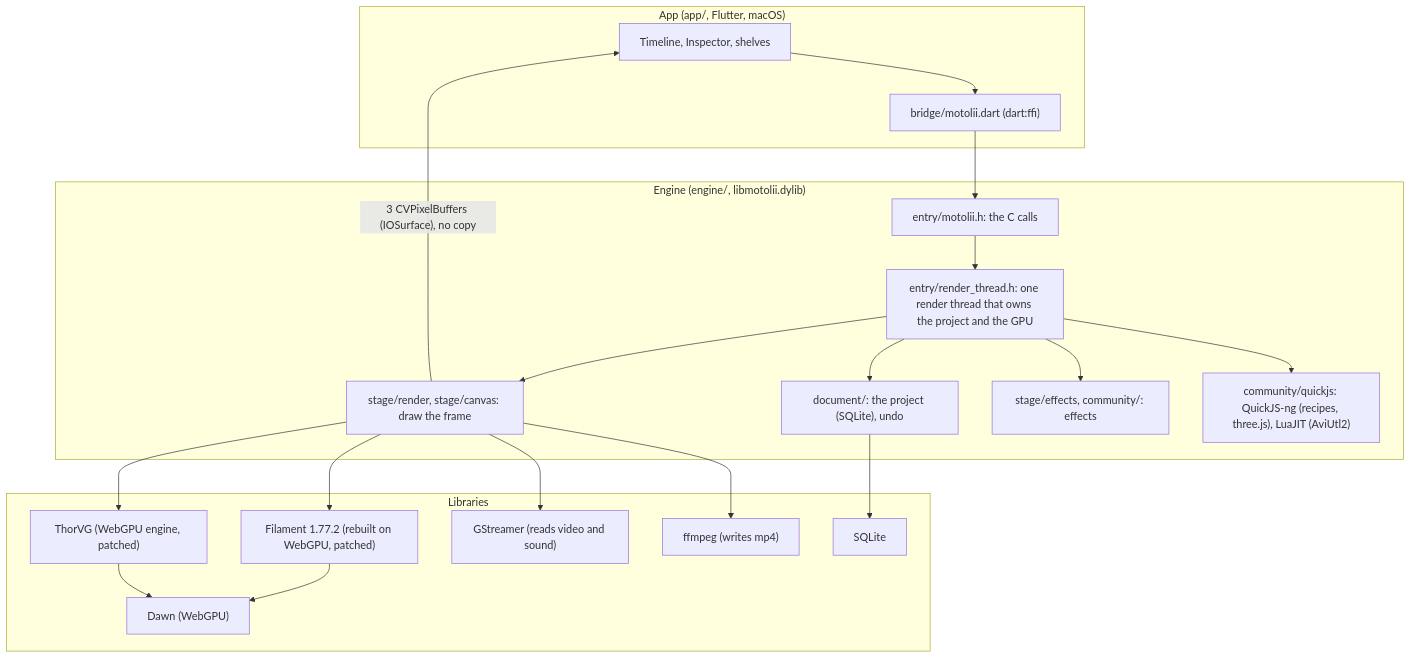
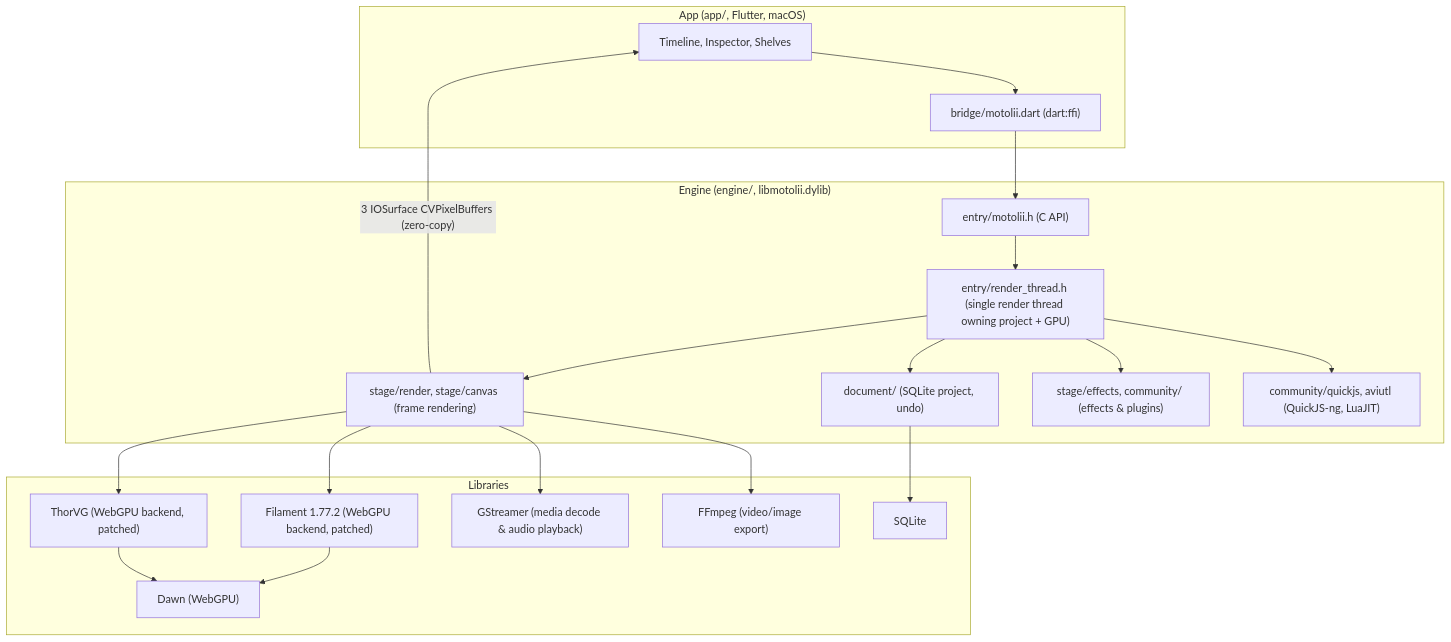
The diagram in docs/ARCHITECTURE.md (oshikaidesu/motolii), drawn with Mermaid before and after one commit. The commit also changed other lines of this file and 13 other files, not shown here.

````diff
--- a/docs/ARCHITECTURE.md
+++ b/docs/ARCHITECTURE.md
@@ -11,32 +15,32 @@
 ```mermaid
 flowchart TB
-  subgraph Window["App (app/, Flutter, macOS)"]
-    UI["Timeline, Inspector, shelves"]
+  subgraph App["App (app/, Flutter, macOS)"]
+    UI["Timeline, Inspector, Shelves"]
     FFI["bridge/motolii.dart (dart:ffi)"]
   end
-  subgraph Inside["Engine (engine/, libmotolii.dylib)"]
-    API["entry/motolii.h: the C calls"]
-    Hand["entry/render_thread.h: one render thread that owns the project and the GPU"]
-    Doc["document/: the project (SQLite), undo"]
-    Render["stage/render, stage/canvas: draw the frame"]
-    FX["stage/effects, community/: effects"]
-    Script["community/quickjs: QuickJS-ng (recipes, three.js), LuaJIT (AviUtl2)"]
+  subgraph Engine["Engine (engine/, libmotolii.dylib)"]
+    API["entry/motolii.h (C API)"]
+    Thread["entry/render_thread.h (single render thread owning project + GPU)"]
+    Doc["document/ (SQLite project, undo)"]
+    Render["stage/render, stage/canvas (frame rendering)"]
+    FX["stage/effects, community/ (effects & plugins)"]
+    Script["community/quickjs, aviutl (QuickJS-ng, LuaJIT)"]
   end
   subgraph Libs["Libraries"]
-    Filament["Filament 1.77.2 (rebuilt on WebGPU, patched)"]
-    ThorVG["ThorVG (WebGPU engine, patched)"]
+    Filament["Filament 1.77.2 (WebGPU backend, patched)"]
+    ThorVG["ThorVG (WebGPU backend, patched)"]
     Dawn["Dawn (WebGPU)"]
-    Gst["GStreamer (reads video and sound)"]
-    FF["ffmpeg (writes mp4)"]
+    Gst["GStreamer (media decode & audio playback)"]
+    FF["FFmpeg (video/image export)"]
     SQLite["SQLite"]
   end
-  UI --> FFI --> API --> Hand
-  Hand --> Doc --> SQLite
-  Hand --> Render --> Filament --> Dawn
+  UI --> FFI --> API --> Thread
+  Thread --> Doc --> SQLite
+  Thread --> Render --> Filament --> Dawn
   Render --> ThorVG --> Dawn
-  Hand --> FX
-  Hand --> Script
+  Thread --> FX
+  Thread --> Script
   Render --> Gst
   Render --> FF
-  Render -- "3 CVPixelBuffers (IOSurface), no copy" --> UI
+  Render -- "3 IOSurface CVPixelBuffers (zero-copy)" --> UI
 ```
````
